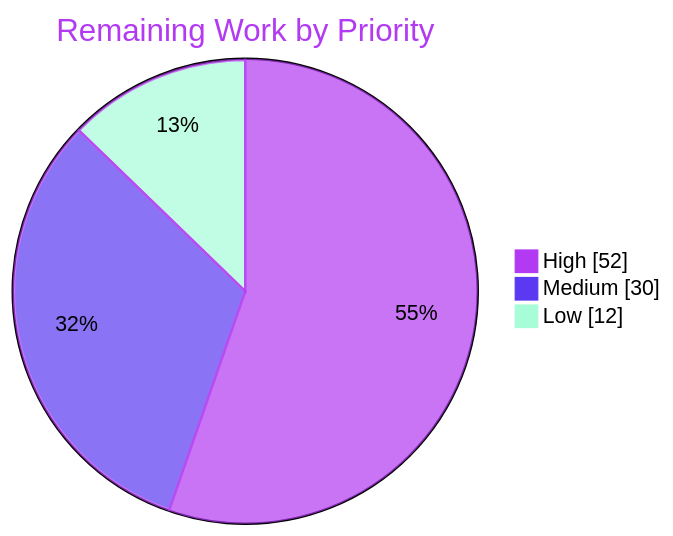
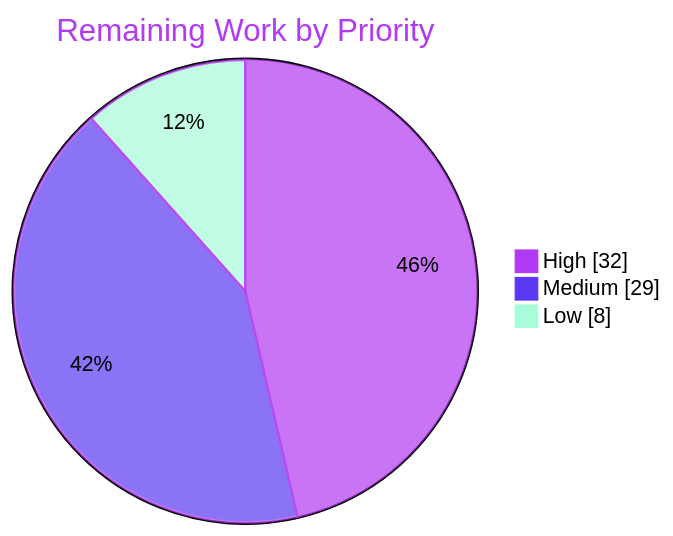
The third of 3 diagrams in blitzy/documentation/Project Guide.md (blitzy-research/odoo), drawn with Mermaid before and after one commit. The commit also changed other lines of this file, not shown here.

````diff
--- a/blitzy/documentation/Project Guide.md
+++ b/blitzy/documentation/Project Guide.md
@@ -212,7 +228,7 @@
 ```mermaid
 %%{init: {'theme':'base','themeVariables':{'pie1':'#B23AF2','pie2':'#5B39F3','pie3':'#A8FDD9','pieStrokeColor':'#B23AF2','pieSectionTextColor':'#000000','pieTitleTextColor':'#B23AF2','pieLegendTextColor':'#000000'}}}%%
 pie showData title Remaining Work by Priority
-    "High" : 52
-    "Medium" : 30
-    "Low" : 12
+    "High" : 32
+    "Medium" : 29
+    "Low" : 8
 ```
````
